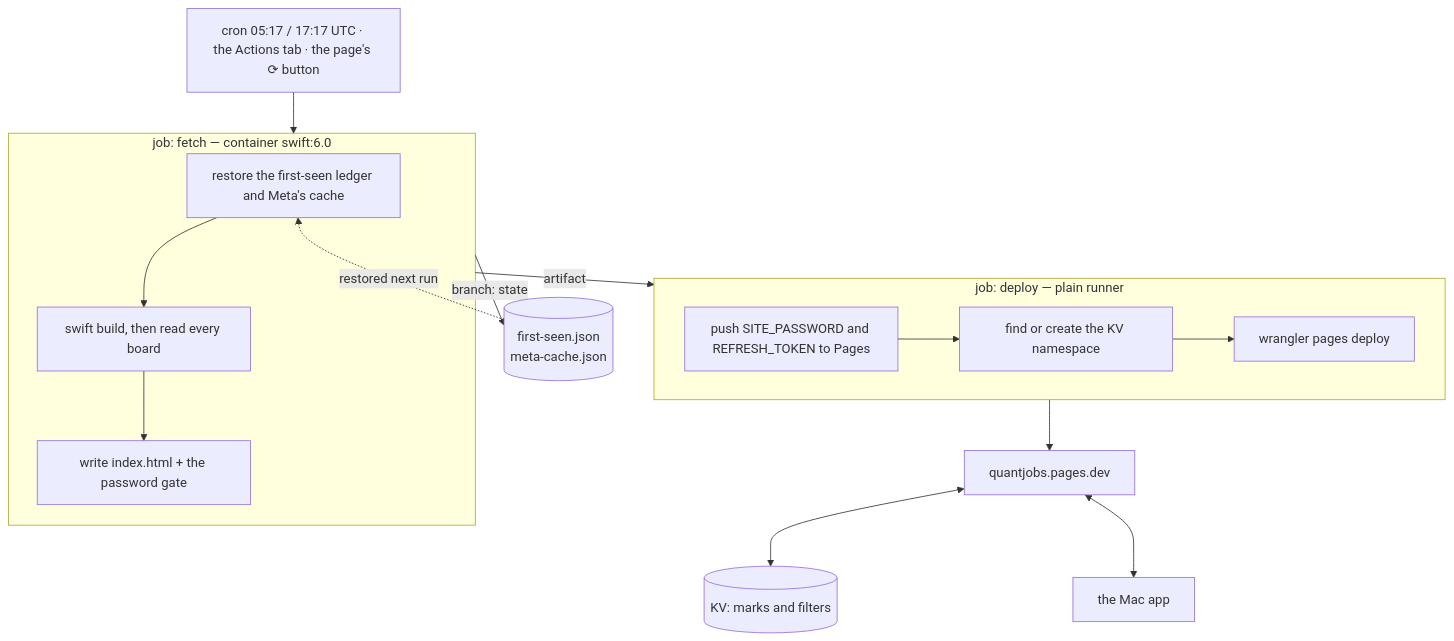
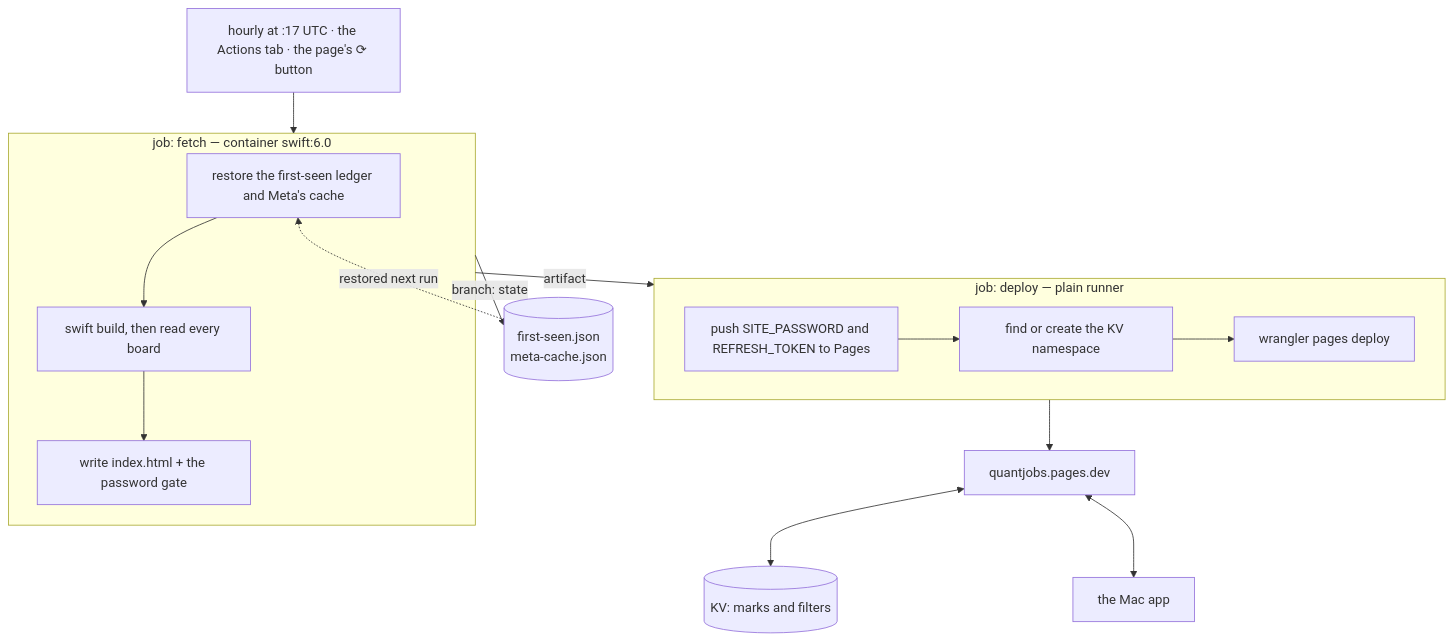
Before and after one commit to mgman03/quantjobs: the second of 2 diagrams in README.md, drawn with Mermaid. The commit also changed other lines of this file and 7 other files, not shown here.

````diff
--- a/README.md
+++ b/README.md
@@ -100,26 +100,26 @@
 ```mermaid
 flowchart TB
-    T["cron 05:17 / 17:17 UTC · the Actions tab · the page's ⟳ button"] --> F
+    T["hourly at :17 UTC · the Actions tab · the page's ⟳ button"] --> F
 
     subgraph F ["job: fetch — container swift:6.0"]
         F1["restore the first-seen ledger and Meta's cache"]
         F2["swift build, then read every board"]
         F3["write index.html + the password gate"]
         F1 --> F2 --> F3
     end
 
     F -->|branch: state| L[("first-seen.json<br/>meta-cache.json")]
     L -.->|restored next run| F1
     F -->|artifact| D
 
     subgraph D ["job: deploy — plain runner"]
         D1["push SITE_PASSWORD and REFRESH_TOKEN to Pages"]
         D2["find or create the KV namespace"]
         D3["wrangler pages deploy"]
         D1 --> D2 --> D3
     end
 
     D --> CF["quantjobs.pages.dev"]
     CF <--> KV[("KV: marks and filters")]
     CF <--> APP["the Mac app"]
 ```
````
